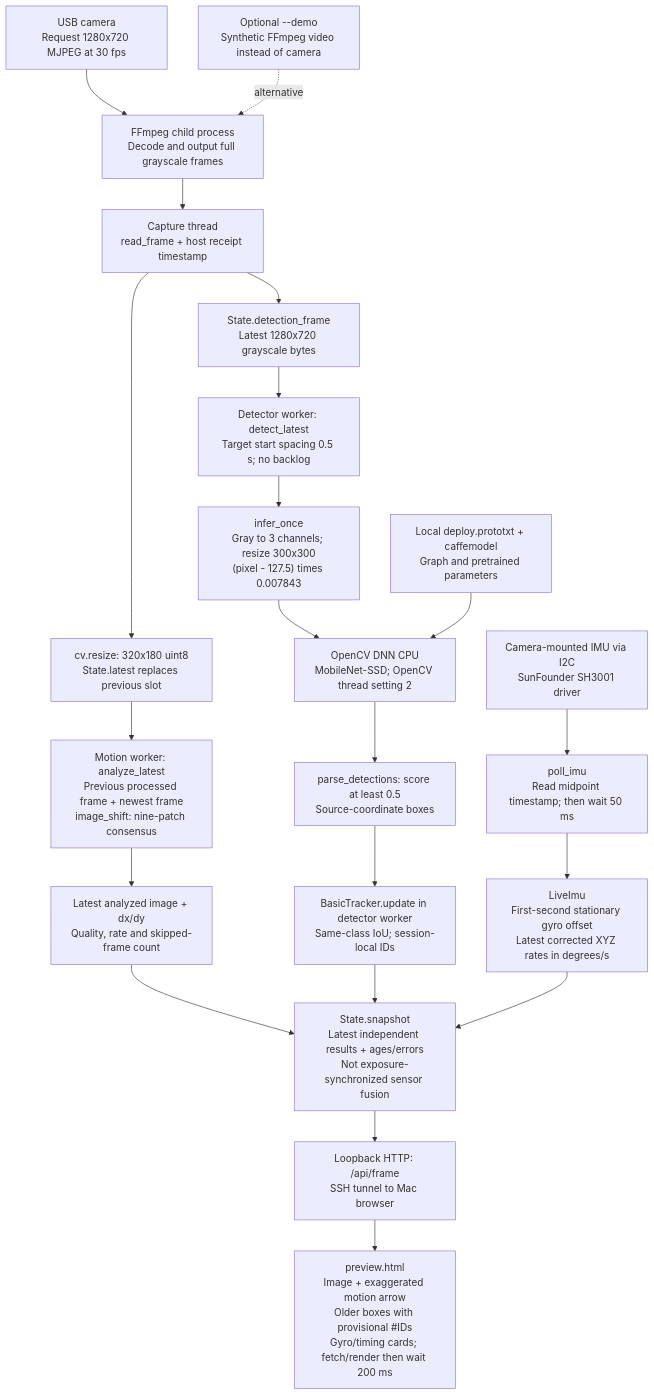
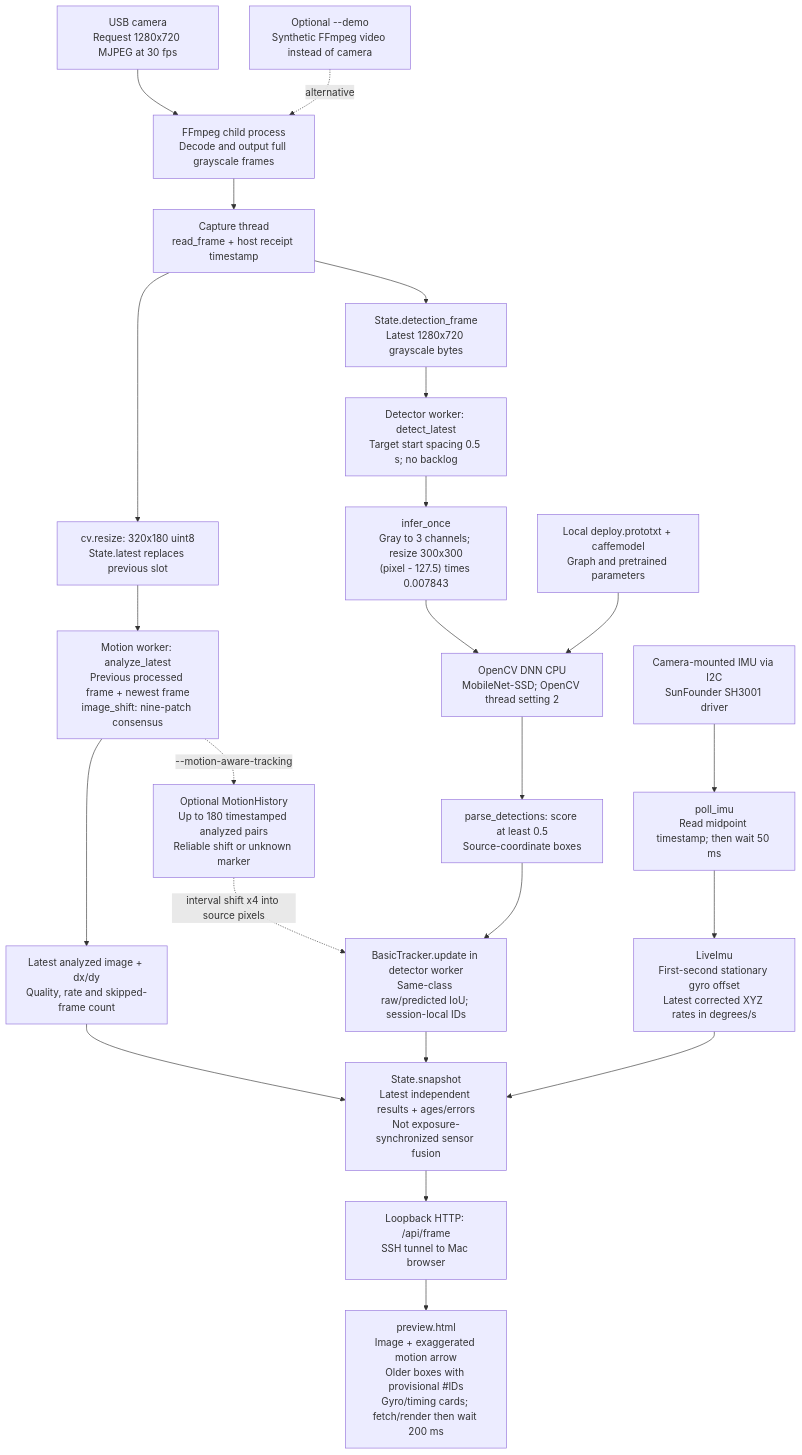
The diagram in docs/PIPELINE.md (choir0322/edgexr), drawn with Mermaid before and after one commit. The commit also changed other lines of this file and 27 other files, not shown here.

Commit message:
feat: motion-aware detection update

````diff
--- a/docs/PIPELINE.md
+++ b/docs/PIPELINE.md
@@ -17,34 +18,37 @@
 ```mermaid
 flowchart TD
     CAMERA["USB camera<br/>Request 1280x720 MJPEG at 30 fps"]
     DEMO["Optional --demo<br/>Synthetic FFmpeg video instead of camera"]
     FF["FFmpeg child process<br/>Decode and output full grayscale frames"]
     CAP["Capture thread<br/>read_frame + host receipt timestamp"]
     SMALL["cv.resize: 320x180 uint8<br/>State.latest replaces previous slot"]
     MOTION["Motion worker: analyze_latest<br/>Previous processed frame + newest frame<br/>image_shift: nine-patch consensus"]
     RESULT["Latest analyzed image + dx/dy<br/>Quality, rate and skipped-frame count"]
+    HISTORY["Optional MotionHistory<br/>Up to 180 timestamped analyzed pairs<br/>Reliable shift or unknown marker"]
     FULL["State.detection_frame<br/>Latest 1280x720 grayscale bytes"]
     DET["Detector worker: detect_latest<br/>Target start spacing 0.5 s; no backlog"]
     PRE["infer_once<br/>Gray to 3 channels; resize 300x300<br/>(pixel - 127.5) times 0.007843"]
     NET["OpenCV DNN CPU<br/>MobileNet-SSD; OpenCV thread setting 2"]
     BOX["parse_detections: score at least 0.5<br/>Source-coordinate boxes"]
-    TRACK["BasicTracker.update in detector worker<br/>Same-class IoU; session-local IDs"]
+    TRACK["BasicTracker.update in detector worker<br/>Same-class raw/predicted IoU; session-local IDs"]
     MODEL["Local deploy.prototxt + caffemodel<br/>Graph and pretrained parameters"]
     IMU["Camera-mounted IMU via I2C<br/>SunFounder SH3001 driver"]
     POLL["poll_imu<br/>Read midpoint timestamp; then wait 50 ms"]
     BIAS["LiveImu<br/>First-second stationary gyro offset<br/>Latest corrected XYZ rates in degrees/s"]
     STATE["State.snapshot<br/>Latest independent results + ages/errors<br/>Not exposure-synchronized sensor fusion"]
     WEB["Loopback HTTP: /api/frame<br/>SSH tunnel to Mac browser"]
     UI["preview.html<br/>Image + exaggerated motion arrow<br/>Older boxes with provisional #IDs<br/>Gyro/timing cards; fetch/render then wait 200 ms"]
     CAMERA --> FF
     DEMO -. alternative .-> FF
     FF --> CAP
     CAP --> SMALL --> MOTION --> RESULT
+    MOTION -. "--motion-aware-tracking" .-> HISTORY
     CAP --> FULL --> DET --> PRE --> NET --> BOX --> TRACK
     MODEL --> NET
+    HISTORY -. "interval shift x4 into source pixels" .-> TRACK
     IMU --> POLL --> BIAS
     RESULT --> STATE
     TRACK --> STATE
     BIAS --> STATE
     STATE --> WEB --> UI
 ```
````
